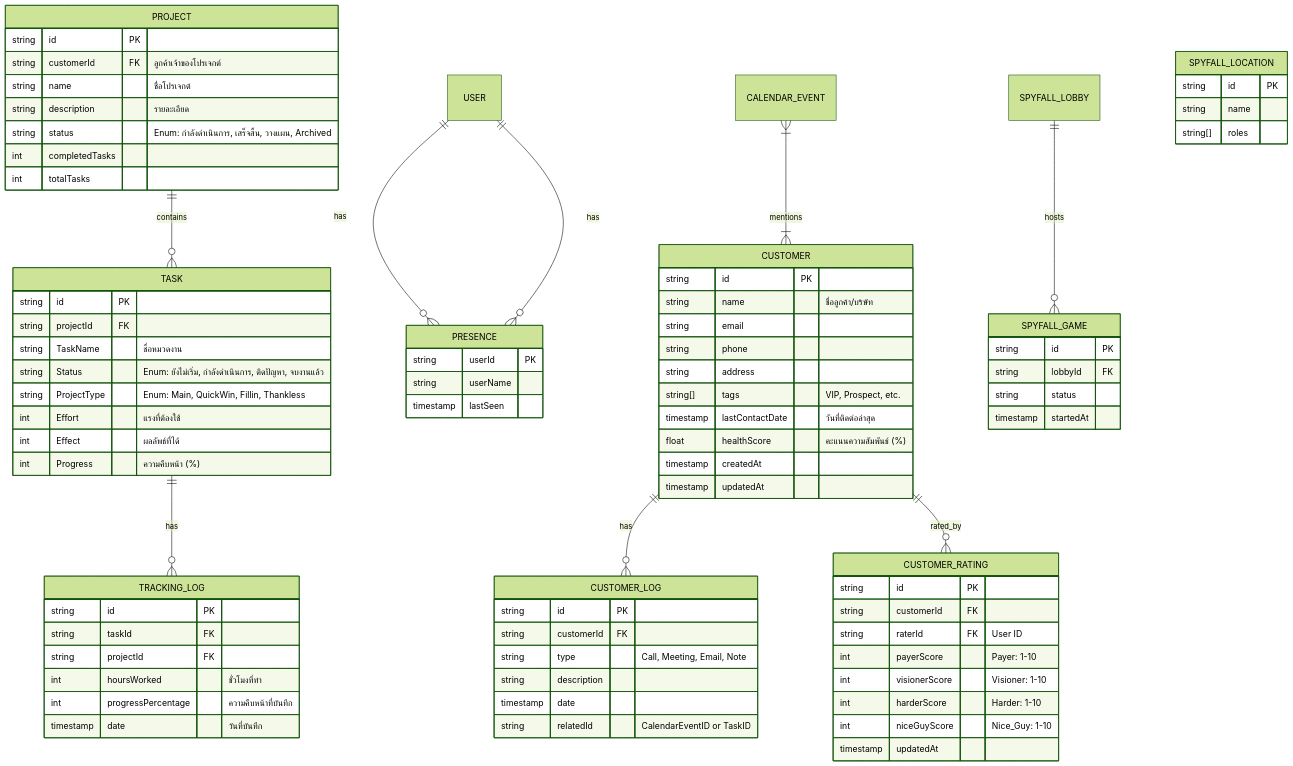
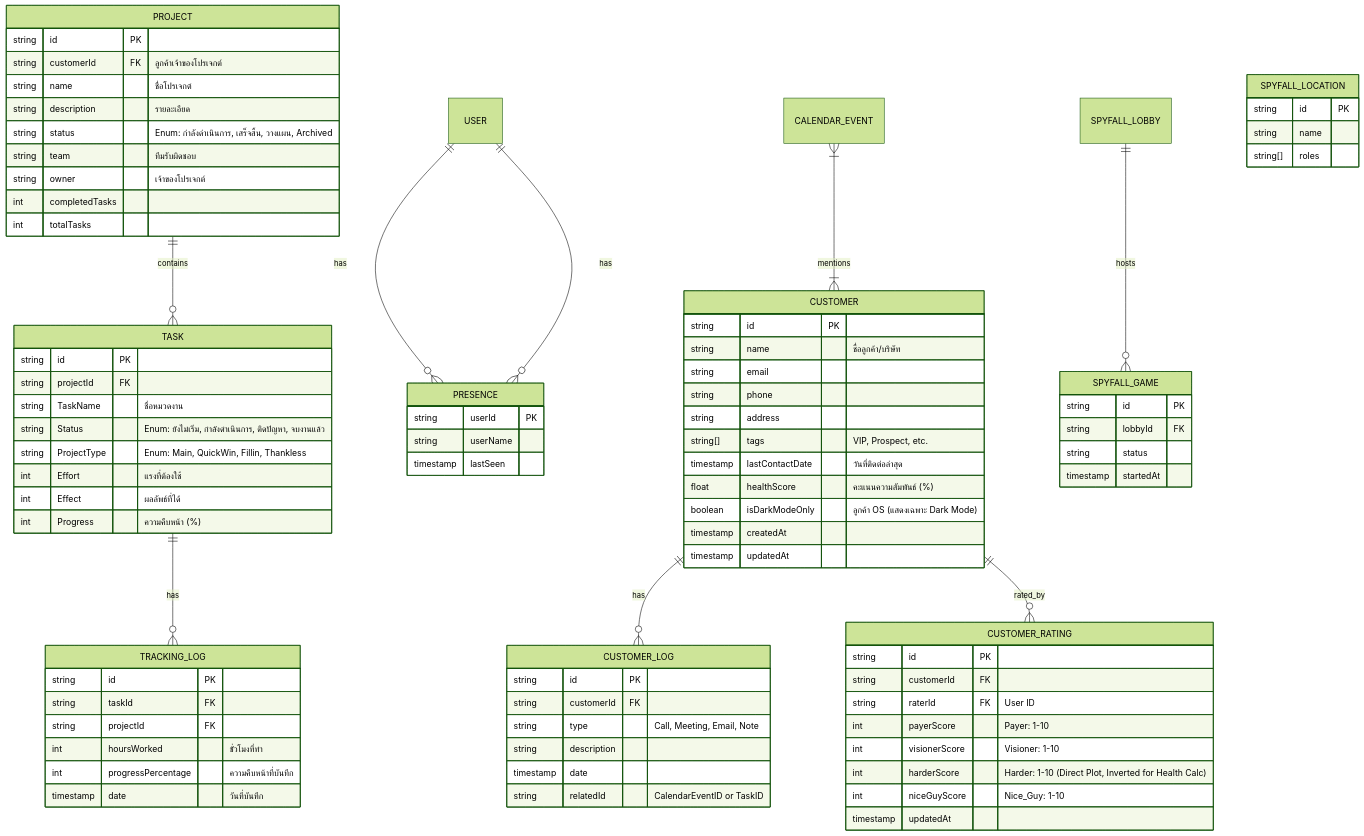
Before and after one commit to BBB-B12B/ProjectFlow: the first of 3 diagrams in Spec_Kit/spec_project_detail/spec.md, drawn with Mermaid (forest theme). The commit also changed other lines of this file and 48 other files, not shown here.

```diff
--- a/Spec_Kit/spec_project_detail/spec.md
+++ b/Spec_Kit/spec_project_detail/spec.md
@@ -90,6 +121,7 @@
         string[] tags "VIP, Prospect, etc."
         timestamp lastContactDate "วันที่ติดต่อล่าสุด"
         float healthScore "คะแนนความสัมพันธ์ (%)"
+        boolean isDarkModeOnly "ลูกค้า OS (แสดงเฉพาะ Dark Mode)"
         timestamp createdAt
         timestamp updatedAt
     }
@@ -100,7 +132,7 @@
         string raterId FK "User ID"
         int payerScore "Payer: 1-10"
         int visionerScore "Visioner: 1-10"
-        int harderScore "Harder: 1-10"
+        int harderScore "Harder: 1-10 (Direct Plot, Inverted for Health Calc)"
         int niceGuyScore "Nice_Guy: 1-10"
         timestamp updatedAt
     }
@@ -120,6 +152,8 @@
         string name "ชื่อโปรเจกต์"
         string description "รายละเอียด"
         string status "Enum: กำลังดำเนินการ, เสร็จสิ้น, วางแผน, Archived"
+        string team "ทีมรับผิดชอบ"
+        string owner "เจ้าของโปรเจกต์"
         int completedTasks
         int totalTasks
     }
```
